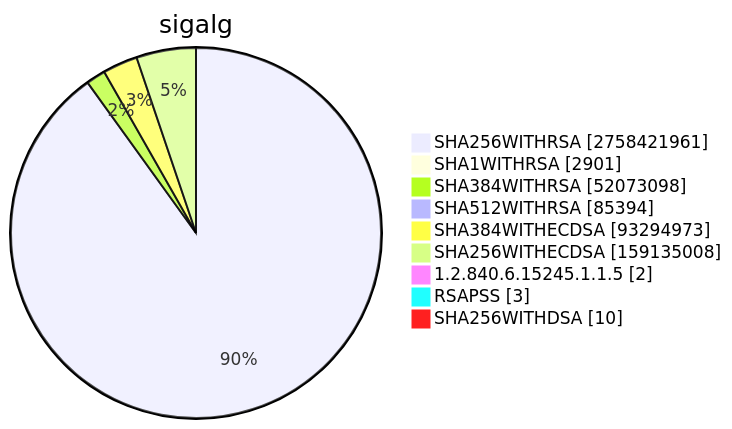
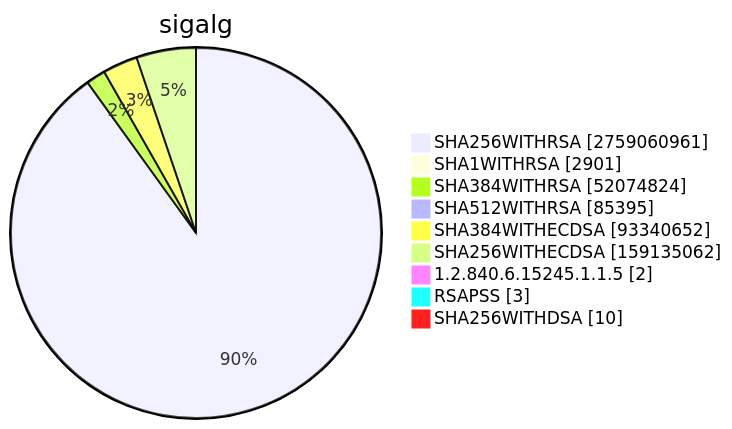
One commit to christiankrug/ctmonitor_visualization changed diagram 15 of 15 in TOTAL/README.md. Above: the diagram before and after it, drawn with Mermaid. The commit also changed other lines of this file, not shown here.

````diff
--- a/TOTAL/README.md
+++ b/TOTAL/README.md
@@ -6205,13 +6205,13 @@
 ```mermaid
 pie showData
 title sigalg
-"SHA256WITHRSA" :2758421961
+"SHA256WITHRSA" :2759060961
 "SHA1WITHRSA" :2901
-"SHA384WITHRSA" :52073098
-"SHA512WITHRSA" :85394
-"SHA384WITHECDSA" :93294973
-"SHA256WITHECDSA" :159135008
+"SHA384WITHRSA" :52074824
+"SHA512WITHRSA" :85395
+"SHA384WITHECDSA" :93340652
+"SHA256WITHECDSA" :159135062
 "1.2.840.6.15245.1.1.5" :2
 "RSAPSS" :3
 "SHA256WITHDSA" :10
 ```
````
